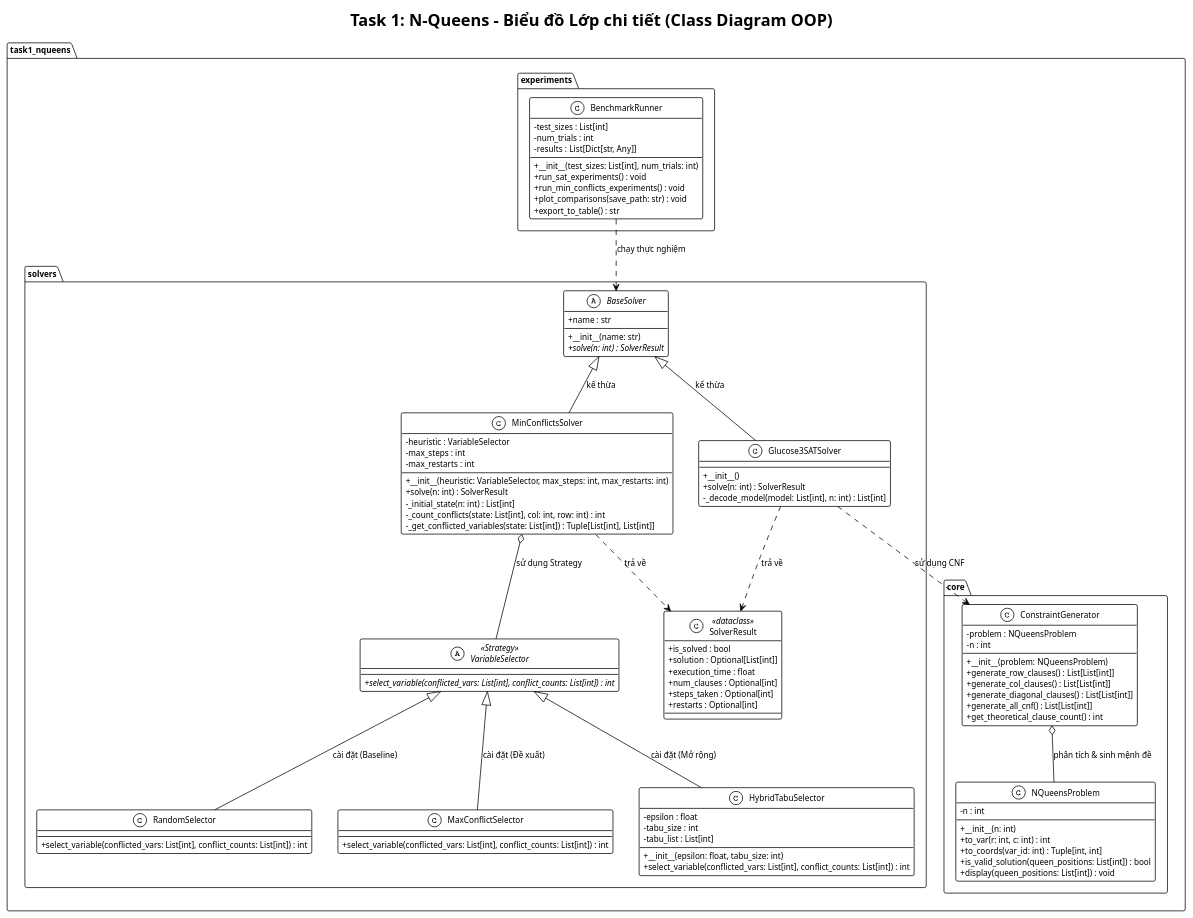
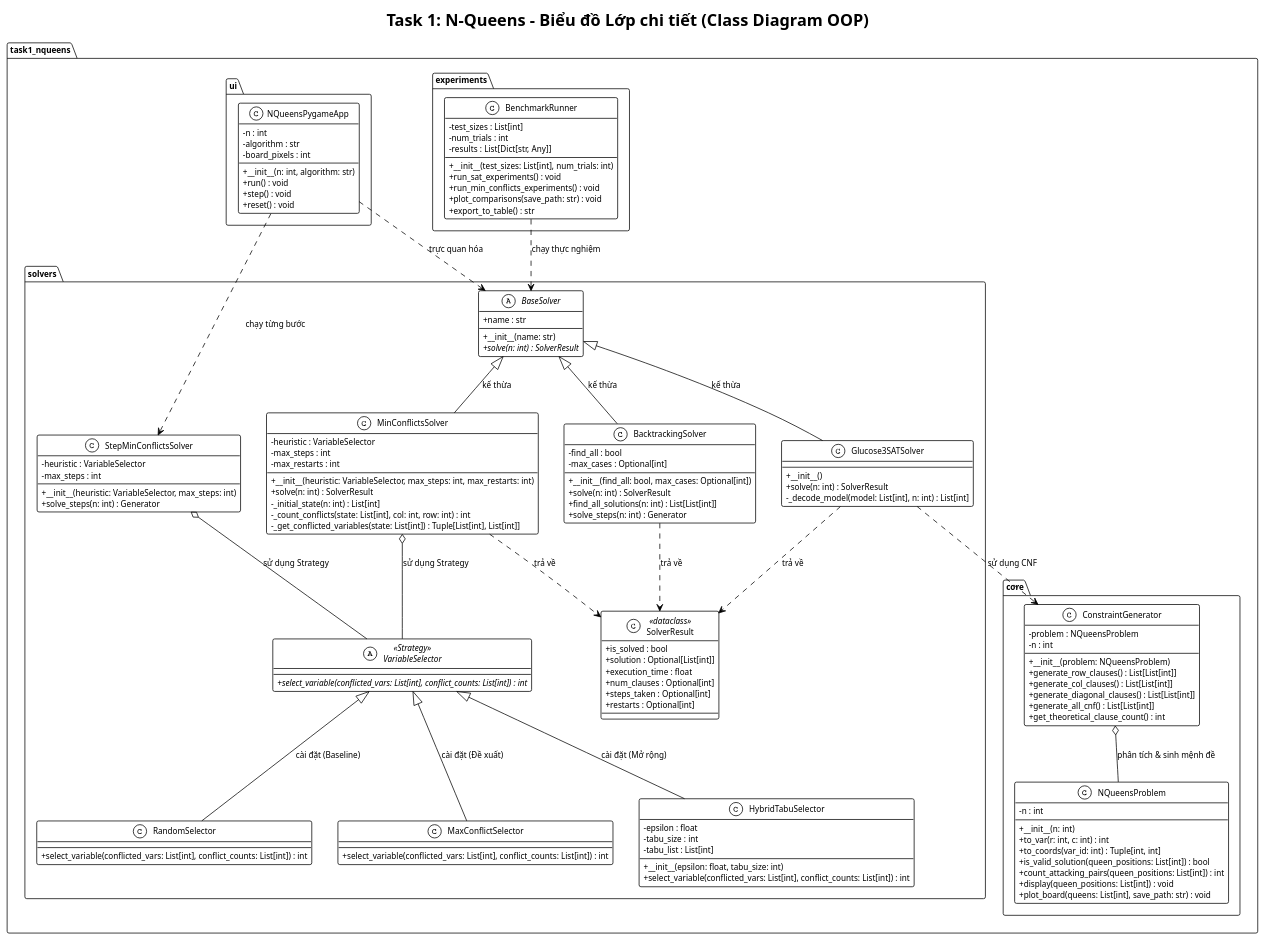
One commit to HuuTan12/Final_AI_BanSung changed the diagram in docs/diagrams/task1_nqueens_class.puml. Above: the diagram before and after it, drawn with PlantUML. The commit also changed 91 other files, not shown here.

```diff
--- a/docs/diagrams/task1_nqueens_class.puml
+++ b/docs/diagrams/task1_nqueens_class.puml
@@ -1,114 +1,149 @@
 @startuml Task1_NQueens_ClassDiagram
 !theme plain
 skinparam classAttributeIconSize 0
 skinparam shadowing false
 skinparam defaultFontName Arial
 skinparam defaultFontSize 11
 
 title Task 1: N-Queens - Biểu đồ Lớp chi tiết (Class Diagram OOP)
 
 package "task1_nqueens.core" {
     class NQueensProblem {
         - n : int
         + __init__(n: int)
         + to_var(r: int, c: int) : int
         + to_coords(var_id: int) : Tuple[int, int]
         + is_valid_solution(queen_positions: List[int]) : bool
+        + count_attacking_pairs(queen_positions: List[int]) : int
         + display(queen_positions: List[int]) : void
+        + plot_board(queens: List[int], save_path: str) : void
     }
 
     class ConstraintGenerator {
         - problem : NQueensProblem
         - n : int
         + __init__(problem: NQueensProblem)
         + generate_row_clauses() : List[List[int]]
         + generate_col_clauses() : List[List[int]]
         + generate_diagonal_clauses() : List[List[int]]
         + generate_all_cnf() : List[List[int]]
         + get_theoretical_clause_count() : int
     }
 }
 
 package "task1_nqueens.solvers" {
     class SolverResult <<dataclass>> {
         + is_solved : bool
         + solution : Optional[List[int]]
         + execution_time : float
         + num_clauses : Optional[int]
         + steps_taken : Optional[int]
         + restarts : Optional[int]
     }
 
     abstract class BaseSolver {
         + name : str
         + __init__(name: str)
         + {abstract} solve(n: int) : SolverResult
     }
 
     class Glucose3SATSolver {
         + __init__()
         + solve(n: int) : SolverResult
         - _decode_model(model: List[int], n: int) : List[int]
     }
 
     class MinConflictsSolver {
         - heuristic : VariableSelector
         - max_steps : int
         - max_restarts : int
         + __init__(heuristic: VariableSelector, max_steps: int, max_restarts: int)
         + solve(n: int) : SolverResult
         - _initial_state(n: int) : List[int]
         - _count_conflicts(state: List[int], col: int, row: int) : int
         - _get_conflicted_variables(state: List[int]) : Tuple[List[int], List[int]]
     }
 
+    class BacktrackingSolver {
+        - find_all : bool
+        - max_cases : Optional[int]
+        + __init__(find_all: bool, max_cases: Optional[int])
+        + solve(n: int) : SolverResult
+        + find_all_solutions(n: int) : List[List[int]]
+        + solve_steps(n: int) : Generator
+    }
+
+    class StepMinConflictsSolver {
+        - heuristic : VariableSelector
+        - max_steps : int
+        + __init__(heuristic: VariableSelector, max_steps: int)
+        + solve_steps(n: int) : Generator
+    }
+
     abstract class VariableSelector <<Strategy>> {
         + {abstract} select_variable(conflicted_vars: List[int], conflict_counts: List[int]) : int
     }
 
     class RandomSelector {
         + select_variable(conflicted_vars: List[int], conflict_counts: List[int]) : int
     }
 
     class MaxConflictSelector {
         + select_variable(conflicted_vars: List[int], conflict_counts: List[int]) : int
     }
 
     class HybridTabuSelector {
         - epsilon : float
         - tabu_size : int
         - tabu_list : List[int]
         + __init__(epsilon: float, tabu_size: int)
         + select_variable(conflicted_vars: List[int], conflict_counts: List[int]) : int
     }
 }
 
 package "task1_nqueens.experiments" {
     class BenchmarkRunner {
         - test_sizes : List[int]
         - num_trials : int
         - results : List[Dict[str, Any]]
         + __init__(test_sizes: List[int], num_trials: int)
         + run_sat_experiments() : void
         + run_min_conflicts_experiments() : void
         + plot_comparisons(save_path: str) : void
         + export_to_table() : str
     }
 }
 
+package "task1_nqueens.ui" {
+    class NQueensPygameApp {
+        - n : int
+        - algorithm : str
+        - board_pixels : int
+        + __init__(n: int, algorithm: str)
+        + run() : void
+        + step() : void
+        + reset() : void
+    }
+}
+
 ' Relationships
 ConstraintGenerator o-- NQueensProblem : "phân tích & sinh mệnh đề"
 BaseSolver <|-- Glucose3SATSolver : kế thừa
 BaseSolver <|-- MinConflictsSolver : kế thừa
+BaseSolver <|-- BacktrackingSolver : kế thừa
 Glucose3SATSolver ..> ConstraintGenerator : sử dụng CNF
 Glucose3SATSolver ..> SolverResult : trả về
 MinConflictsSolver ..> SolverResult : trả về
+BacktrackingSolver ..> SolverResult : trả về
 
 VariableSelector <|-- RandomSelector : cài đặt (Baseline)
 VariableSelector <|-- MaxConflictSelector : cài đặt (Đề xuất)
 VariableSelector <|-- HybridTabuSelector : cài đặt (Mở rộng)
 
 MinConflictsSolver o-- VariableSelector : "sử dụng Strategy"
+StepMinConflictsSolver o-- VariableSelector : "sử dụng Strategy"
 BenchmarkRunner ..> BaseSolver : "chạy thực nghiệm"
+NQueensPygameApp ..> BaseSolver : "trực quan hóa"
+NQueensPygameApp ..> StepMinConflictsSolver : "chạy từng bước"
 
 @enduml
```
